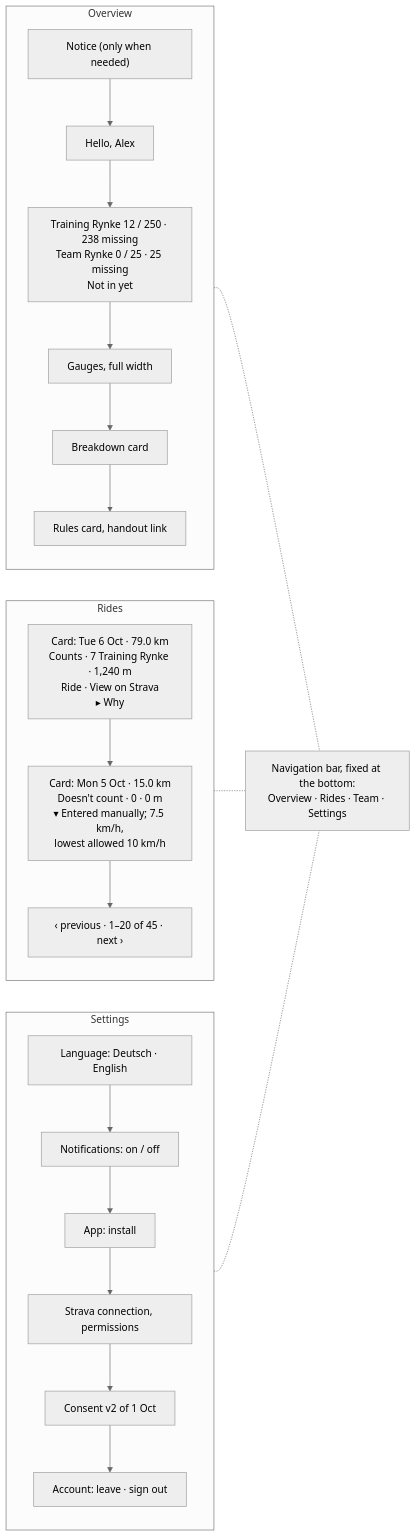
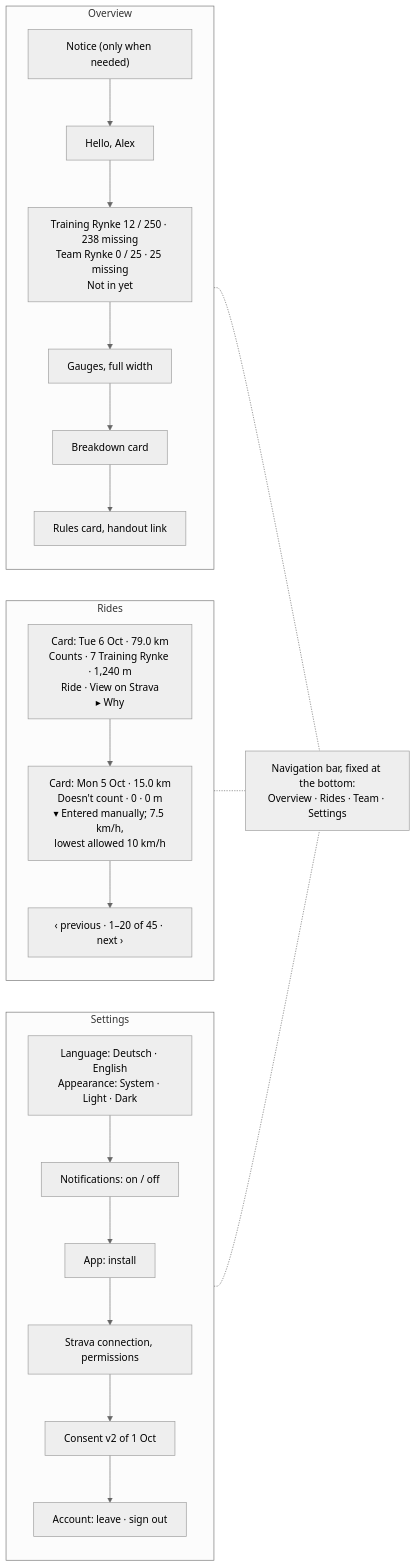
One commit to SaSteffen/RynkePoints changed the second of 3 diagrams in specs/011-mobile-app-shell/spec.md. Above: the diagram before and after it, drawn with Mermaid (neutral theme). The commit also changed other lines of this file, not shown here.

````diff
--- a/specs/011-mobile-app-shell/spec.md
+++ b/specs/011-mobile-app-shell/spec.md
@@ -435,32 +474,32 @@
 ```mermaid
 flowchart LR
     subgraph o["Overview"]
         direction TB
         o1["Notice (only when needed)"]
         o2["Hello, Alex"]
         o3["Training Rynke 12 / 250 · 238 missing<br/>Team Rynke 0 / 25 · 25 missing<br/>Not in yet"]
         o4["Gauges, full width"]
         o5["Breakdown card"]
         o6["Rules card, handout link"]
         o1 --> o2 --> o3 --> o4 --> o5 --> o6
     end
     subgraph r["Rides"]
         direction TB
         r1["Card: Tue 6 Oct · 79.0 km<br/>Counts · 7 Training Rynke · 1,240 m<br/>Ride · View on Strava<br/>▸ Why"]
         r2["Card: Mon 5 Oct · 15.0 km<br/>Doesn't count · 0 · 0 m<br/>▾ Entered manually; 7.5 km/h,<br/>lowest allowed 10 km/h"]
         r3["‹ previous · 1–20 of 45 · next ›"]
         r1 --> r2 --> r3
     end
     subgraph s["Settings"]
         direction TB
-        s1["Language: Deutsch · English"]
+        s1["Language: Deutsch · English<br/>Appearance: System · Light · Dark"]
         s2["Notifications: on / off"]
         s3["App: install"]
         s4["Strava connection, permissions"]
         s5["Consent v2 of 1 Oct"]
         s6["Account: leave · sign out"]
         s1 --> s2 --> s3 --> s4 --> s5 --> s6
     end
     bar["Navigation bar, fixed at the bottom:<br/>Overview · Rides · Team · Settings"]
     o & r & s -.- bar
 ```
````
